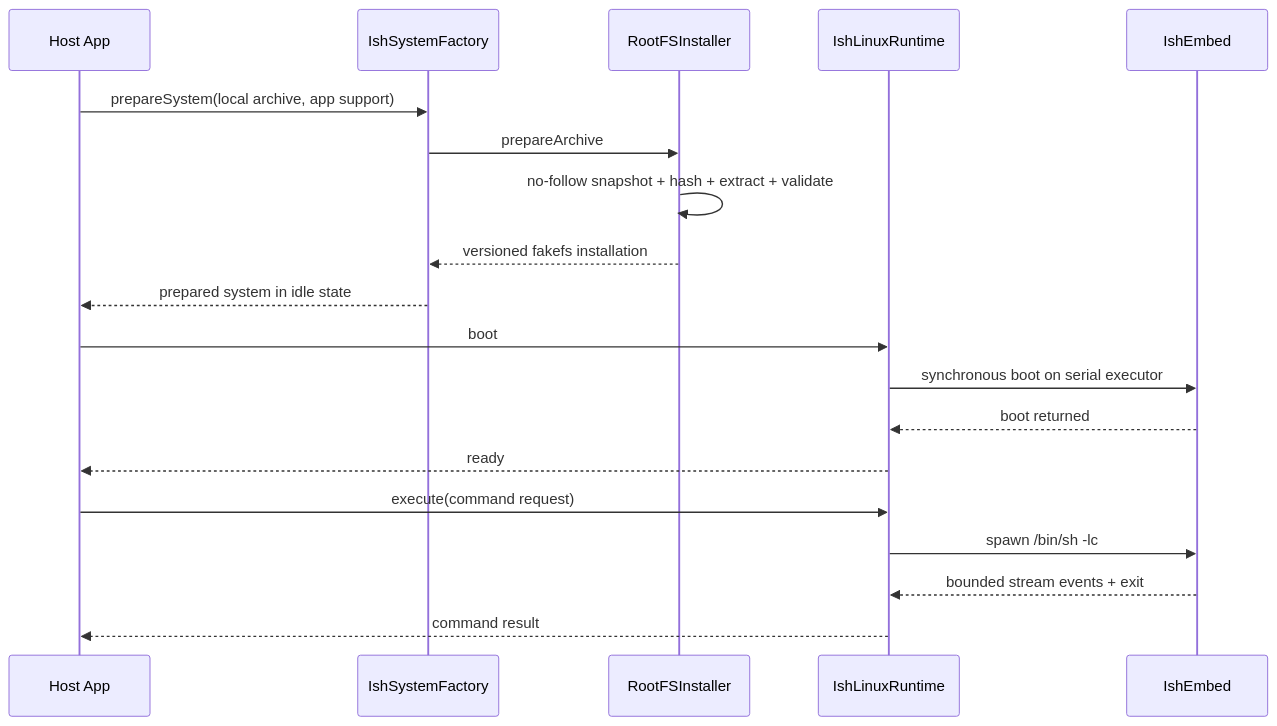
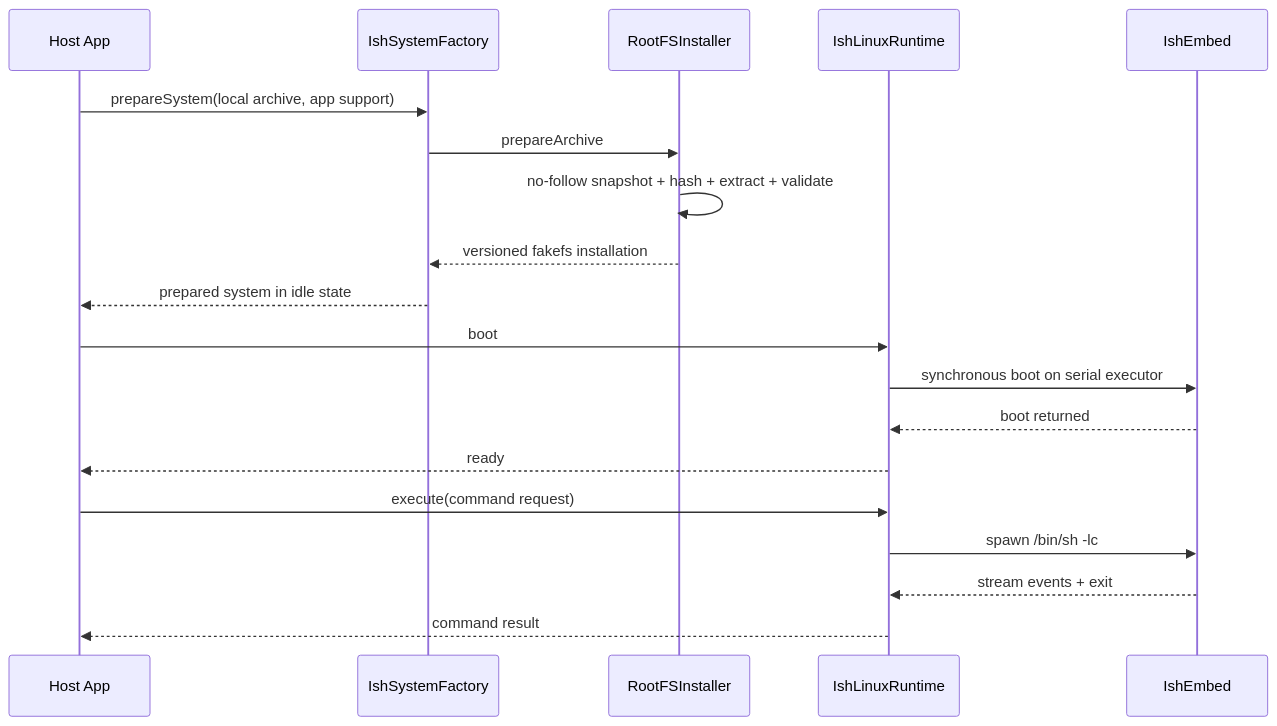
One commit to jacklv-coder/PocketRoot changed the second of 3 diagrams in Docs/Architecture.md. Above: the diagram before and after it, drawn with Mermaid. The commit also changed other lines of this file and 19 other files, not shown here.

````diff
--- a/Docs/Architecture.md
+++ b/Docs/Architecture.md
@@ -172,22 +172,22 @@
 ```mermaid
 sequenceDiagram
     participant App as Host App
     participant Factory as IshSystemFactory
     participant Installer as RootFSInstaller
     participant Runtime as IshLinuxRuntime
     participant Native as IshEmbed
 
     App->>Factory: prepareSystem(local archive, app support)
     Factory->>Installer: prepareArchive
     Installer->>Installer: no-follow snapshot + hash + extract + validate
     Installer-->>Factory: versioned fakefs installation
     Factory-->>App: prepared system in idle state
     App->>Runtime: boot
     Runtime->>Native: synchronous boot on serial executor
     Native-->>Runtime: boot returned
     Runtime-->>App: ready
     App->>Runtime: execute(command request)
     Runtime->>Native: spawn /bin/sh -lc
-    Native-->>Runtime: bounded stream events + exit
+    Native-->>Runtime: stream events + exit
     Runtime-->>App: command result
 ```
````
